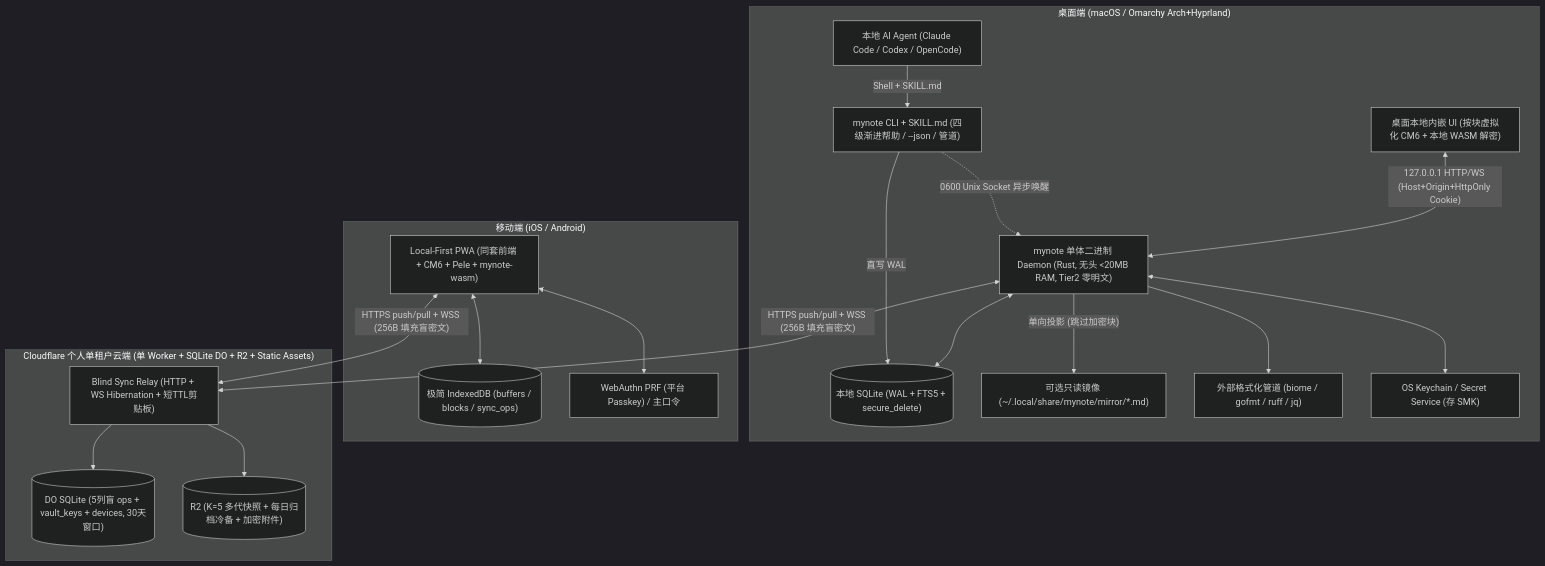
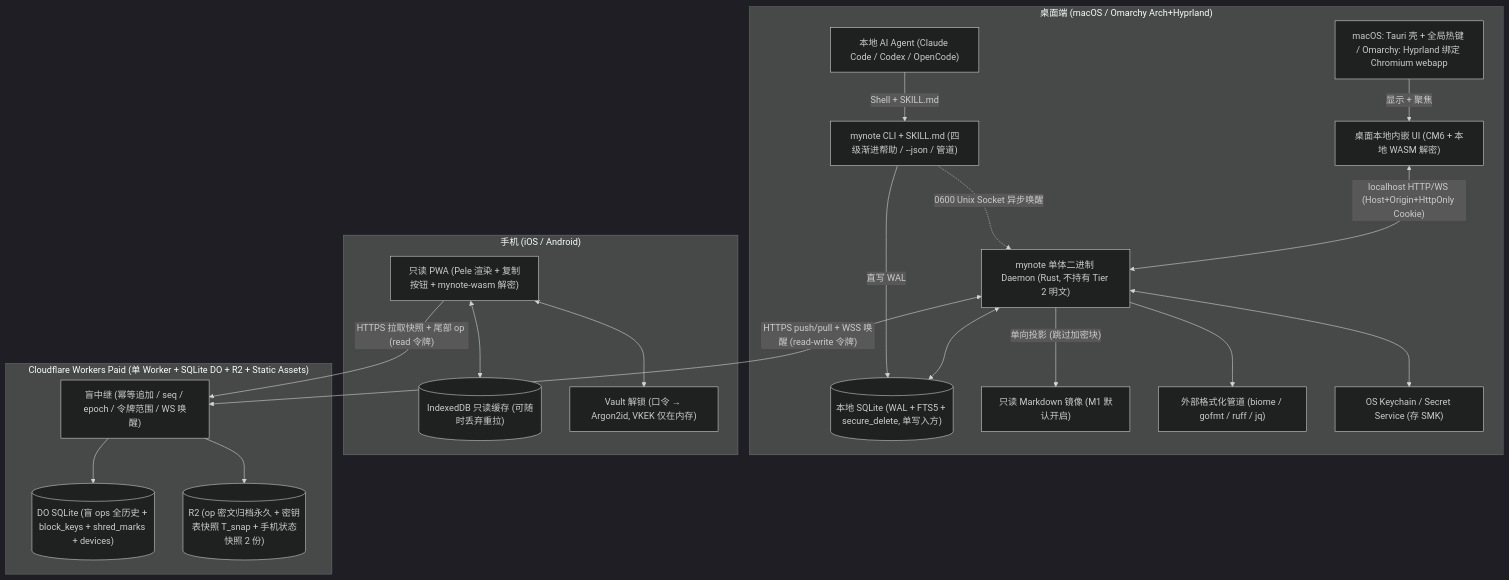
The first of 7 diagrams in docs/architecture-proposal.md (gray0128/my-note), drawn with Mermaid (dark theme) before and after one commit. The commit also changed other lines of this file and 14 other files, not shown here.

First line of the commit message:
docs: sync review decisions D1–D7 (incl. D2′) into specs; archive Plane B eval assets

````diff
--- a/docs/architecture-proposal.md
+++ b/docs/architecture-proposal.md
@@ -224,41 +275,43 @@
 ```mermaid
 flowchart TD
     subgraph Desktop["桌面端 (macOS / Omarchy Arch+Hyprland)"]
         Agent["本地 AI Agent (Claude Code / Codex / OpenCode)"]
         CLI["mynote CLI + SKILL.md (四级渐进帮助 / --json / 管道)"]
-        UI_D["桌面本地内嵌 UI (按块虚拟化 CM6 + 本地 WASM 解密)"]
-        Daemon["mynote 单体二进制 Daemon (Rust, 无头 <20MB RAM, Tier2 零明文)"]
-        DB_L[("本地 SQLite (WAL + FTS5 + secure_delete)")]
-        Mirror["可选只读镜像 (~/.local/share/mynote/mirror/*.md)"]
+        Shell["macOS: Tauri 壳 + 全局热键 / Omarchy: Hyprland 绑定 Chromium webapp"]
+        UI_D["桌面本地内嵌 UI (CM6 + 本地 WASM 解密)"]
+        Daemon["mynote 单体二进制 Daemon (Rust, 不持有 Tier 2 明文)"]
+        DB_L[("本地 SQLite (WAL + FTS5 + secure_delete, 单写入方)")]
+        Mirror["只读 Markdown 镜像 (M1 默认开启)"]
         ExtFmt["外部格式化管道 (biome / gofmt / ruff / jq)"]
         Keyring["OS Keychain / Secret Service (存 SMK)"]
 
         Agent -->|"Shell + SKILL.md"| CLI
         CLI -->|"直写 WAL"| DB_L
         CLI -.->|"0600 Unix Socket 异步唤醒"| Daemon
-        UI_D <-->|"127.0.0.1 HTTP/WS (Host+Origin+HttpOnly Cookie)"| Daemon
+        Shell -->|"显示 + 聚焦"| UI_D
+        UI_D <-->|"localhost HTTP/WS (Host+Origin+HttpOnly Cookie)"| Daemon
         Daemon <--> DB_L
         Daemon -->|"单向投影 (跳过加密块)"| Mirror
         Daemon --> ExtFmt
         Daemon <--> Keyring
     end
 
-    subgraph Mobile["移动端 (iOS / Android)"]
-        PWA["Local-First PWA (同套前端 + CM6 + Pele + mynote-wasm)"]
-        IDB[("极简 IndexedDB (buffers / blocks / sync_ops)")]
-        Bio["WebAuthn PRF (平台 Passkey) / 主口令"]
+    subgraph Mobile["手机 (iOS / Android)"]
+        PWA["只读 PWA (Pele 渲染 + 复制按钮 + mynote-wasm 解密)"]
+        IDB[("IndexedDB 只读缓存 (可随时丢弃重拉)")]
+        VaultM["Vault 解锁 (口令 → Argon2id, VKEK 仅在内存)"]
         PWA <--> IDB
-        PWA <--> Bio
+        PWA <--> VaultM
     end
 
-    subgraph Cloud["Cloudflare 个人单租户云端 (单 Worker + SQLite DO + R2 + Static Assets)"]
-        SyncAPI["Blind Sync Relay (HTTP + WS Hibernation + 短TTL剪贴板)"]
-        CloudDB[("DO SQLite (5列盲 ops + vault_keys + devices, 30天窗口)")]
-        R2[("R2 (K=5 多代快照 + 每日归档冷备 + 加密附件)")]
+    subgraph Cloud["Cloudflare Workers Paid (单 Worker + SQLite DO + R2 + Static Assets)"]
+        SyncAPI["盲中继 (幂等追加 / seq / epoch / 令牌范围 / WS 唤醒)"]
+        CloudDB[("DO SQLite (盲 ops 全历史 + block_keys + shred_marks + devices)")]
+        R2[("R2 (op 密文归档永久 + 密钥表快照 T_snap + 手机状态快照 2 份)")]
         SyncAPI --> CloudDB
         SyncAPI --> R2
     end
 
-    Daemon <-->|"HTTPS push/pull + WSS (256B 填充盲密文)"| SyncAPI
-    PWA <-->|"HTTPS push/pull + WSS (256B 填充盲密文)"| SyncAPI
+    Daemon <-->|"HTTPS push/pull + WSS 唤醒 (read-write 令牌)"| SyncAPI
+    PWA -->|"HTTPS 拉取快照 + 尾部 op (read 令牌)"| SyncAPI
 ```
````
